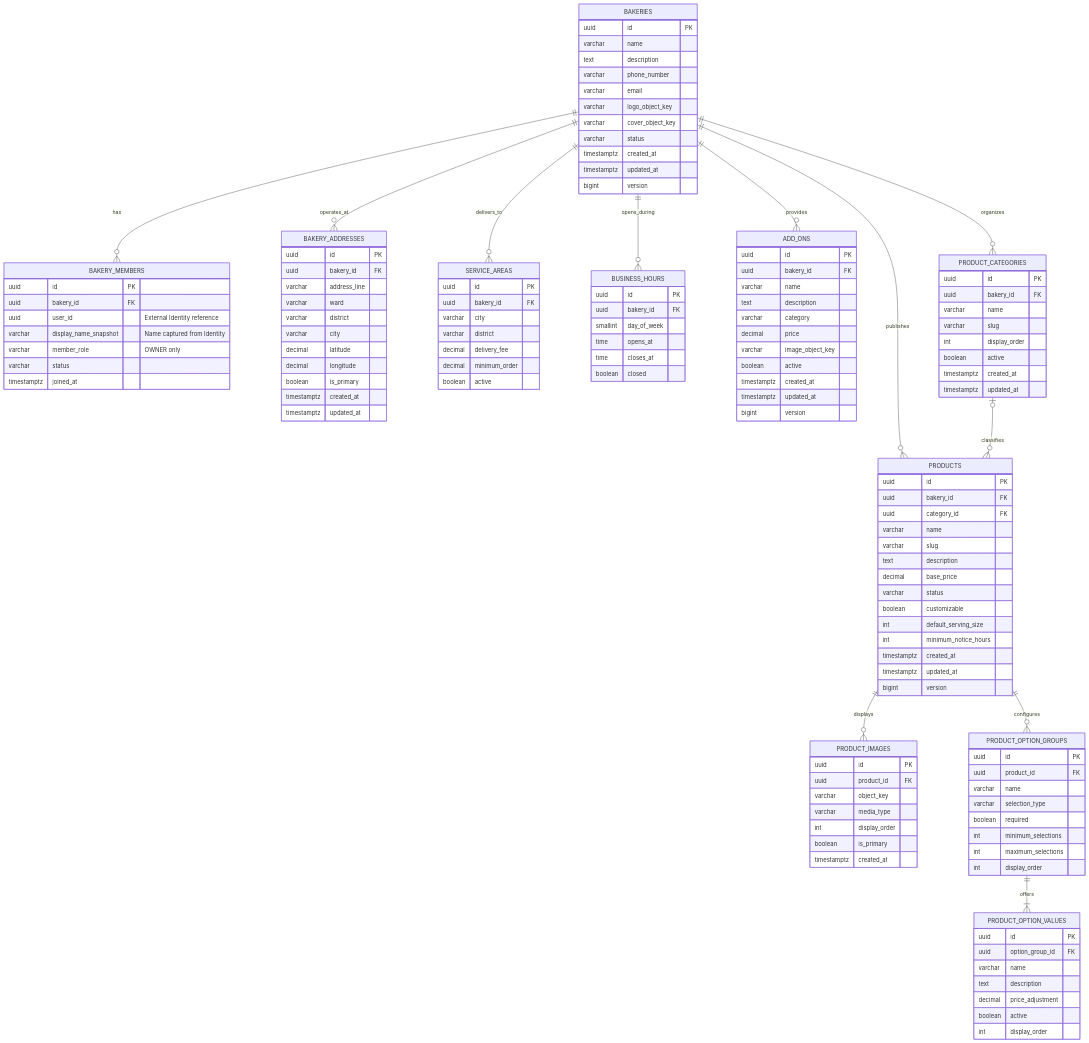
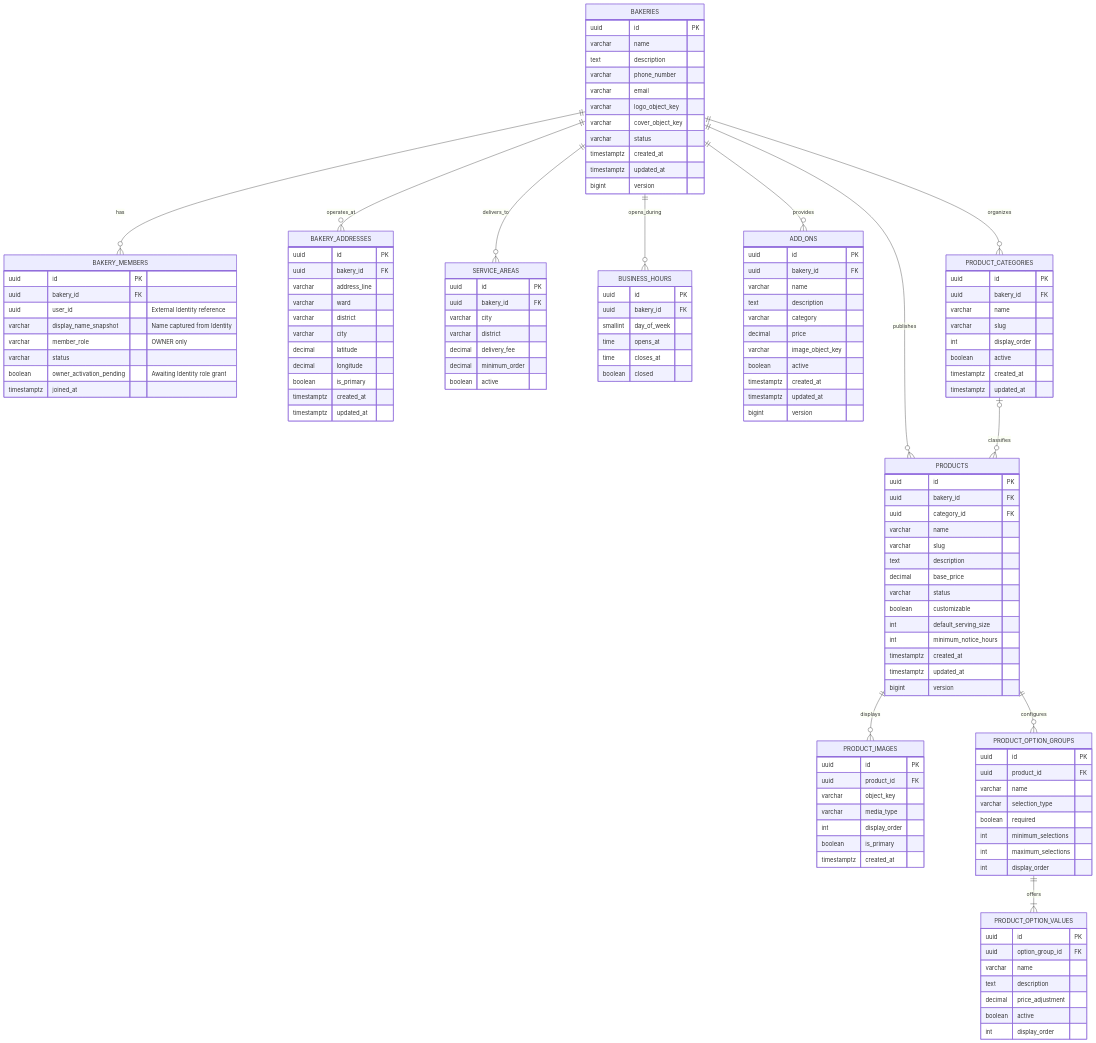
The diagram in docs/erd/02-bakery-service-logical.mmd (leminhkhoi-james/Bakery-Platform), drawn with Mermaid before and after one commit. The commit also changed 41 other files, not shown here.

```diff
--- a/docs/erd/02-bakery-service-logical.mmd
+++ b/docs/erd/02-bakery-service-logical.mmd
@@ -1,142 +1,143 @@
 erDiagram
     BAKERIES {
         uuid id PK
         varchar name
         text description
         varchar phone_number
         varchar email
         varchar logo_object_key
         varchar cover_object_key
         varchar status
         timestamptz created_at
         timestamptz updated_at
         bigint version
     }
 
     BAKERY_MEMBERS {
         uuid id PK
         uuid bakery_id FK
         uuid user_id "External Identity reference"
         varchar display_name_snapshot "Name captured from Identity"
         varchar member_role "OWNER only"
         varchar status
+        boolean owner_activation_pending "Awaiting Identity role grant"
         timestamptz joined_at
     }
 
     BAKERY_ADDRESSES {
         uuid id PK
         uuid bakery_id FK
         varchar address_line
         varchar ward
         varchar district
         varchar city
         decimal latitude
         decimal longitude
         boolean is_primary
         timestamptz created_at
         timestamptz updated_at
     }
 
     SERVICE_AREAS {
         uuid id PK
         uuid bakery_id FK
         varchar city
         varchar district
         decimal delivery_fee
         decimal minimum_order
         boolean active
     }
 
     BUSINESS_HOURS {
         uuid id PK
         uuid bakery_id FK
         smallint day_of_week
         time opens_at
         time closes_at
         boolean closed
     }
 
     ADD_ONS {
         uuid id PK
         uuid bakery_id FK
         varchar name
         text description
         varchar category
         decimal price
         varchar image_object_key
         boolean active
         timestamptz created_at
         timestamptz updated_at
         bigint version
     }
 
     PRODUCT_CATEGORIES {
         uuid id PK
         uuid bakery_id FK
         varchar name
         varchar slug
         int display_order
         boolean active
         timestamptz created_at
         timestamptz updated_at
     }
 
     PRODUCTS {
         uuid id PK
         uuid bakery_id FK
         uuid category_id FK
         varchar name
         varchar slug
         text description
         decimal base_price
         varchar status
         boolean customizable
         int default_serving_size
         int minimum_notice_hours
         timestamptz created_at
         timestamptz updated_at
         bigint version
     }
 
     PRODUCT_IMAGES {
         uuid id PK
         uuid product_id FK
         varchar object_key
         varchar media_type
         int display_order
         boolean is_primary
         timestamptz created_at
     }
 
     PRODUCT_OPTION_GROUPS {
         uuid id PK
         uuid product_id FK
         varchar name
         varchar selection_type
         boolean required
         int minimum_selections
         int maximum_selections
         int display_order
     }
 
     PRODUCT_OPTION_VALUES {
         uuid id PK
         uuid option_group_id FK
         varchar name
         text description
         decimal price_adjustment
         boolean active
         int display_order
     }
 
     BAKERIES ||--o{ BAKERY_MEMBERS : has
     BAKERIES ||--o{ BAKERY_ADDRESSES : operates_at
     BAKERIES ||--o{ SERVICE_AREAS : delivers_to
     BAKERIES ||--o{ BUSINESS_HOURS : opens_during
     BAKERIES ||--o{ ADD_ONS : provides
     BAKERIES ||--o{ PRODUCT_CATEGORIES : organizes
     BAKERIES ||--o{ PRODUCTS : publishes
     PRODUCT_CATEGORIES o|--o{ PRODUCTS : classifies
     PRODUCTS ||--o{ PRODUCT_IMAGES : displays
     PRODUCTS ||--o{ PRODUCT_OPTION_GROUPS : configures
     PRODUCT_OPTION_GROUPS ||--|{ PRODUCT_OPTION_VALUES : offers
```
